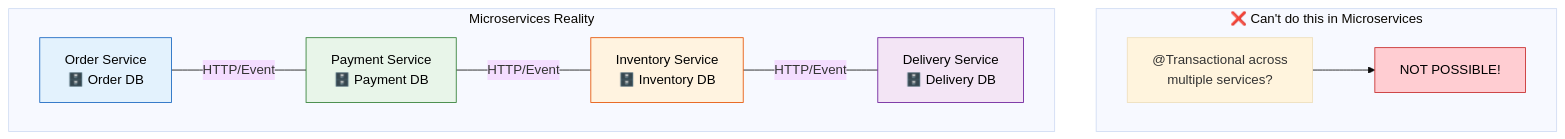
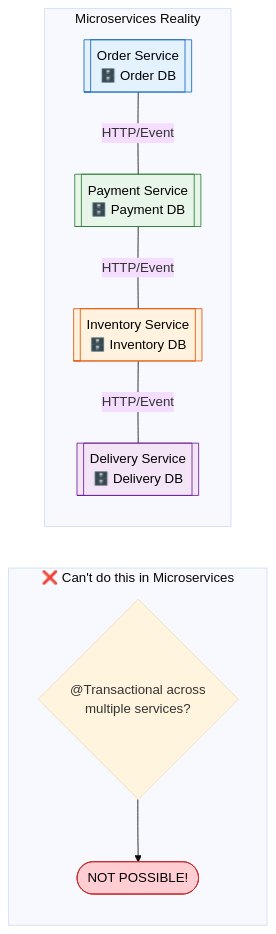
Before and after one commit to saivamsikaruturi/vamsilabs-dev-notes-main: the second of 5 diagrams in docs/microservices/SagaDesignPattern.md, drawn with Mermaid (base theme). The commit also changed other lines of this file and 146 other files, not shown here.

Commit message:
Horizontal diagrams, UML class diagrams, typography overhaul, and permalink cleanup

````diff
--- a/docs/microservices/SagaDesignPattern.md
+++ b/docs/microservices/SagaDesignPattern.md
@@ -42,18 +42,18 @@
 ```mermaid
-flowchart TD
+flowchart LR
     subgraph Problem["❌ Can't do this in Microservices"]
-        T["@Transactional across<br/>multiple services?"] --> X["NOT POSSIBLE!"]
+        T{"@Transactional across<br/>multiple services?"} --> X(["NOT POSSIBLE!"])
     end
     
     subgraph MS["Microservices Reality"]
-        O["Order Service<br/>🗄️ Order DB"] ---|HTTP/Event| P["Payment Service<br/>🗄️ Payment DB"]
-        P ---|HTTP/Event| I["Inventory Service<br/>🗄️ Inventory DB"]
-        I ---|HTTP/Event| D["Delivery Service<br/>🗄️ Delivery DB"]
+        O[["Order Service<br/>🗄️ Order DB"]] ---|HTTP/Event| P[["Payment Service<br/>🗄️ Payment DB"]]
+        P ---|HTTP/Event| I[["Inventory Service<br/>🗄️ Inventory DB"]]
+        I ---|HTTP/Event| D[["Delivery Service<br/>🗄️ Delivery DB"]]
     end
 
     style X fill:#FFCDD2,stroke:#C62828,color:#000
     style O fill:#E3F2FD,stroke:#1565C0,color:#000
     style P fill:#E8F5E9,stroke:#2E7D32,color:#000
     style I fill:#FFF3E0,stroke:#E65100,color:#000
     style D fill:#F3E5F5,stroke:#6A1B9A,color:#000
 ```
````
